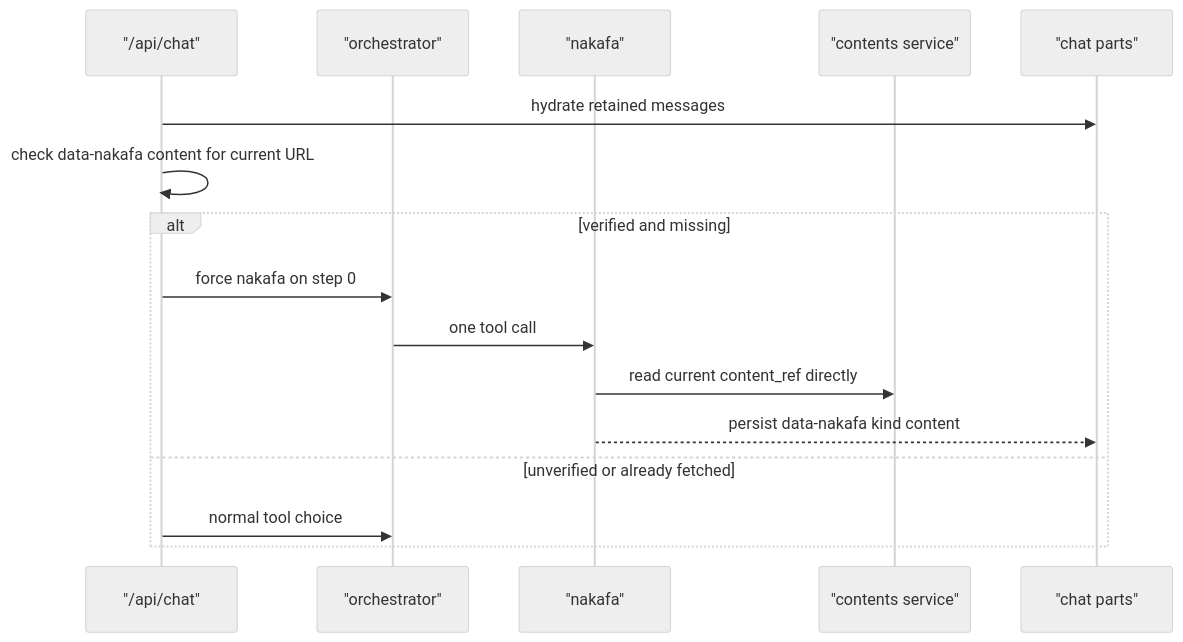
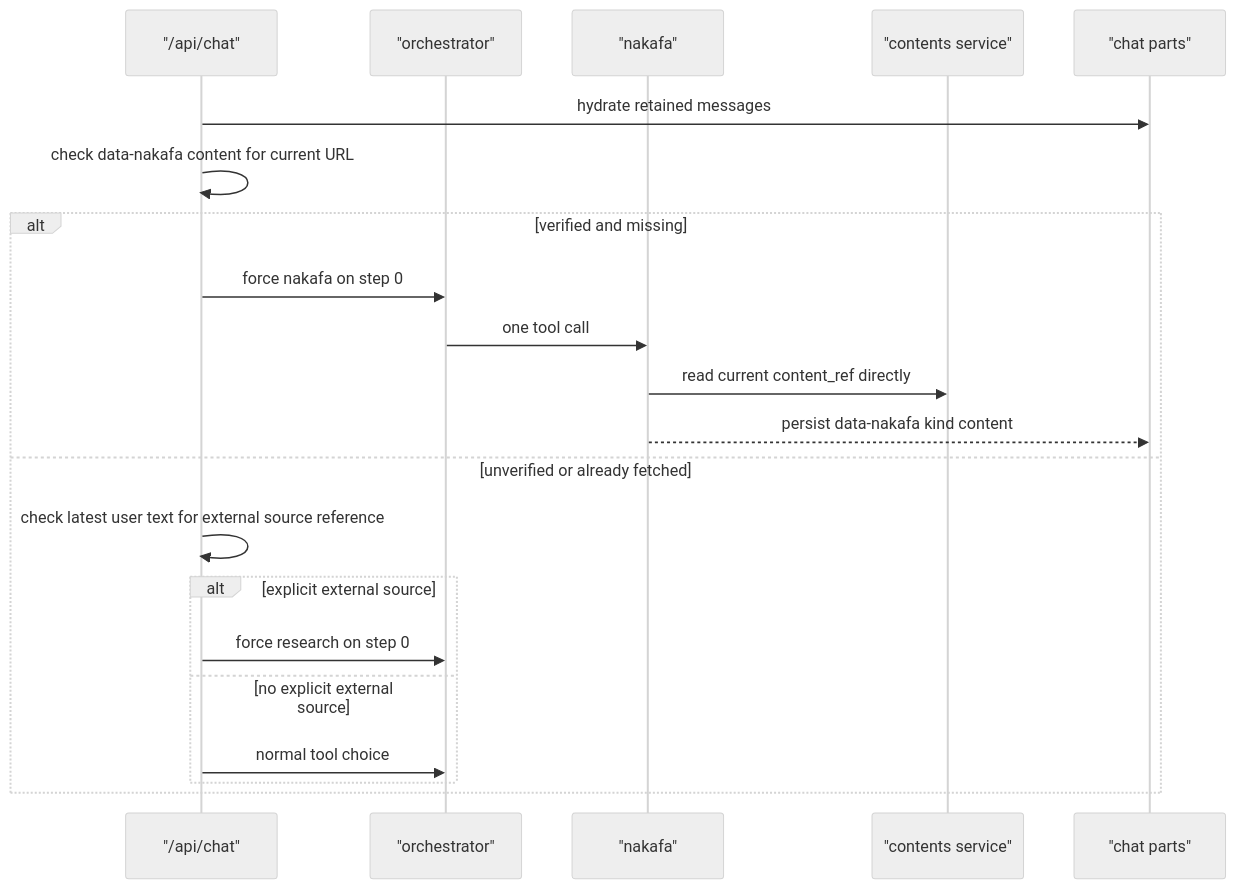
The second of 2 diagrams in packages/ai/agents/docs/architecture.md (nakafaai/nakafa.com), drawn with Mermaid (neutral theme) before and after one commit. The commit also changed other lines of this file and 41 other files, not shown here.

First line of the commit message:
Introduce architecture skill and source tooling

````diff
--- a/packages/ai/agents/docs/architecture.md
+++ b/packages/ai/agents/docs/architecture.md
@@ -30,19 +33,24 @@
 ```mermaid
 sequenceDiagram
   participant Route as "/api/chat"
   participant Main as "orchestrator"
   participant Tool as "nakafa"
   participant Content as "contents service"
   participant Convex as "chat parts"
 
   Route->>Convex: hydrate retained messages
   Route->>Route: check data-nakafa content for current URL
   alt verified and missing
     Route->>Main: force nakafa on step 0
     Main->>Tool: one tool call
     Tool->>Content: read current content_ref directly
     Tool-->>Convex: persist data-nakafa kind content
   else unverified or already fetched
-    Route->>Main: normal tool choice
+    Route->>Route: check latest user text for external source reference
+    alt explicit external source
+      Route->>Main: force research on step 0
+    else no explicit external source
+      Route->>Main: normal tool choice
+    end
   end
 ```
````
